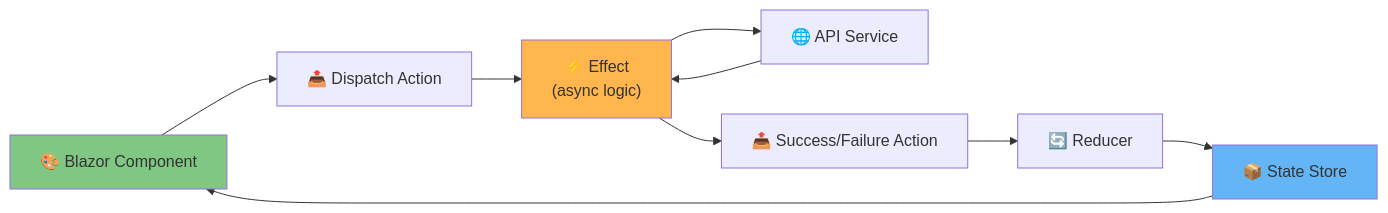
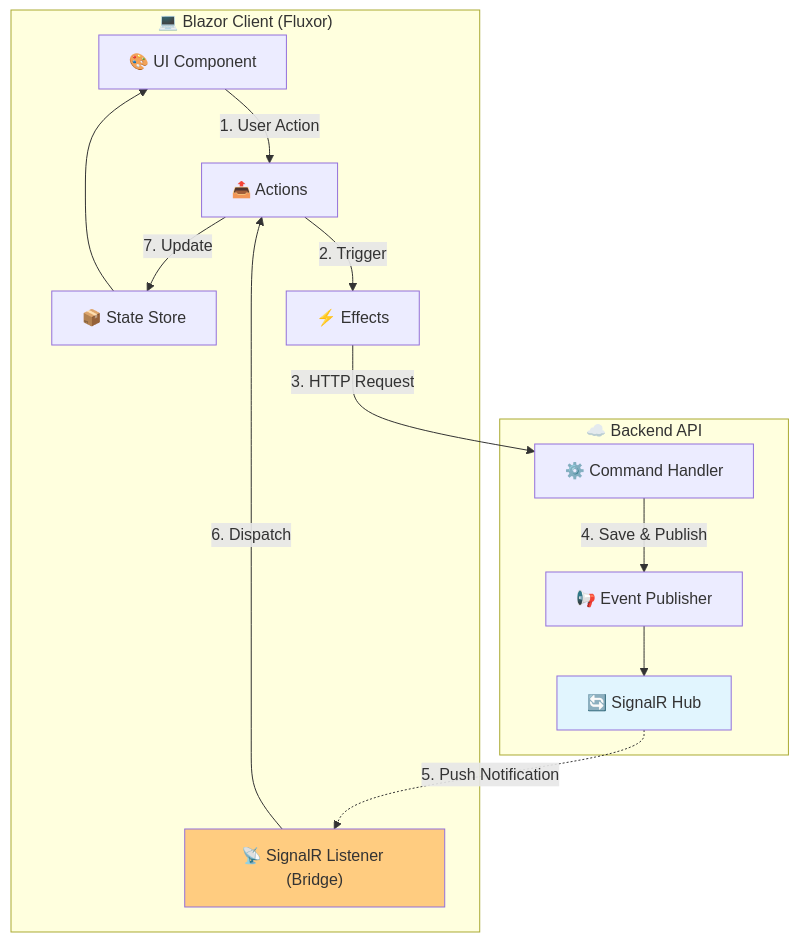
Before and after one commit to anastasiosm/FocusFlow: the second of 2 diagrams in README.md, drawn with Mermaid. The commit also changed other lines of this file and 1 other file, not shown here.

````diff
--- a/README.md
+++ b/README.md
@@ -187,15 +192,29 @@
 ```mermaid
-graph LR
-    Component["🎨 Blazor Component"] --> Action["📤 Dispatch Action"]
-    Action --> Effect["⚡ Effect<br/>(async logic)"]
-    Effect --> API["🌐 API Service"]
-    API --> Effect
-    Effect --> Action2["📤 Success/Failure Action"]
-    Action2 --> Reducer["🔄 Reducer"]
-    Reducer --> Store["📦 State Store"]
-    Store --> Component
-    
-    style Component fill:#81c784
-    style Store fill:#64b5f6
-    style Effect fill:#ffb74d
+graph TD
+    subgraph Client["💻 Blazor Client (Fluxor)"]
+        UI["🎨 UI Component"]
+        Store["📦 State Store"]
+        Actions["📤 Actions"]
+        Effects["⚡ Effects"]
+        Listener["📡 SignalR Listener (Bridge)"]
+    end
+
+    subgraph Server["☁️ Backend API"]
+        Hub["🔄 SignalR Hub"]
+        Handler["⚙️ Command Handler"]
+        Publisher["📢 Event Publisher"]
+    end
+
+    UI -->|1. User Action| Actions
+    Actions -->|2. Trigger| Effects
+    Effects -->|3. HTTP Request| Handler
+    Handler -->|4. Save & Publish| Publisher
+    Publisher --> Hub
+    Hub -.->|5. Push Notification| Listener
+    Listener -->|6. Dispatch| Actions
+    Actions -->|7. Update| Store
+    Store --> UI
+
+    style Listener fill:#ffcc80
+    style Hub fill:#e1f5fe
 ```
````
